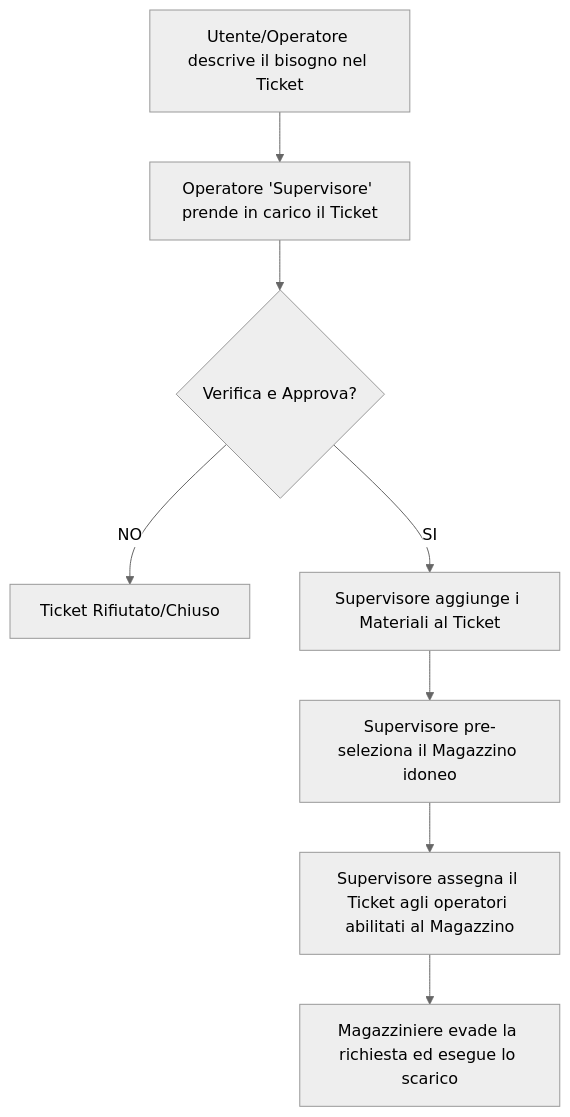
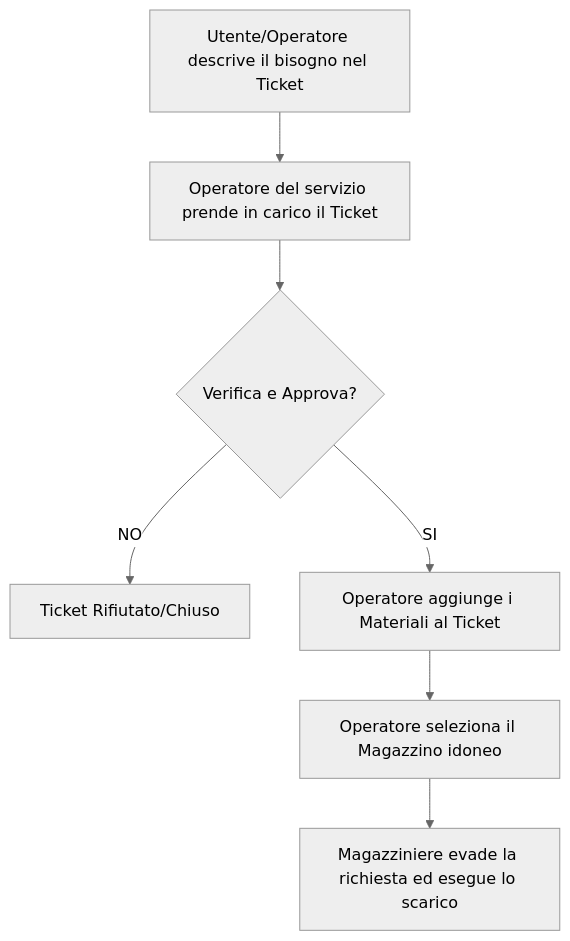
One commit to sscriboni/ticketing changed the diagram in troubletick_standalone_windows_v7_4_sqlite/DOCUMENTAZIONE_MAGAZZINO.md. Above: the diagram before and after it, drawn with Mermaid (neutral theme). The commit also changed other lines of this file, not shown here.

````diff
--- a/troubletick_standalone_windows_v7_4_sqlite/DOCUMENTAZIONE_MAGAZZINO.md
+++ b/troubletick_standalone_windows_v7_4_sqlite/DOCUMENTAZIONE_MAGAZZINO.md
@@ -21,10 +21,9 @@
 ```mermaid
 graph TD
-    A[Utente/Operatore descrive il bisogno nel Ticket] --> B[Operatore 'Supervisore' prende in carico il Ticket]
+    A[Utente/Operatore descrive il bisogno nel Ticket] --> B[Operatore del servizio prende in carico il Ticket]
     B --> C{Verifica e Approva?}
     C -- NO --> D[Ticket Rifiutato/Chiuso]
-    C -- SI --> E[Supervisore aggiunge i Materiali al Ticket]
-    E --> F[Supervisore pre-seleziona il Magazzino idoneo]
-    F --> G[Supervisore assegna il Ticket agli operatori abilitati al Magazzino]
-    G --> H[Magazziniere evade la richiesta ed esegue lo scarico]
+    C -- SI --> E[Operatore aggiunge i Materiali al Ticket]
+    E --> F[Operatore seleziona il Magazzino idoneo]
+    F --> H[Magazziniere evade la richiesta ed esegue lo scarico]
 ```
````
